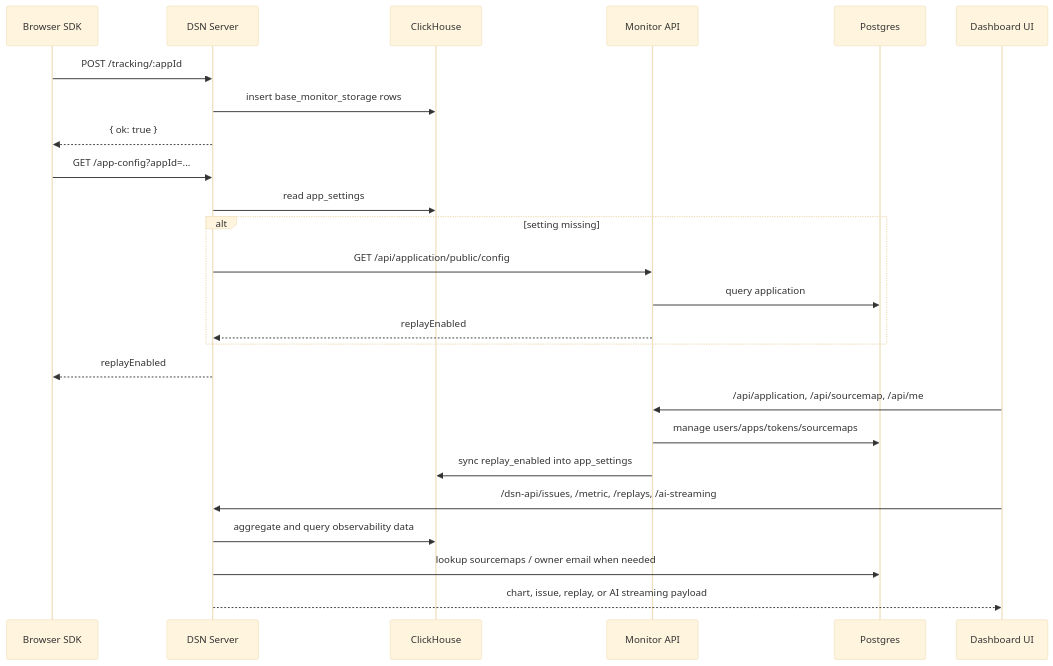
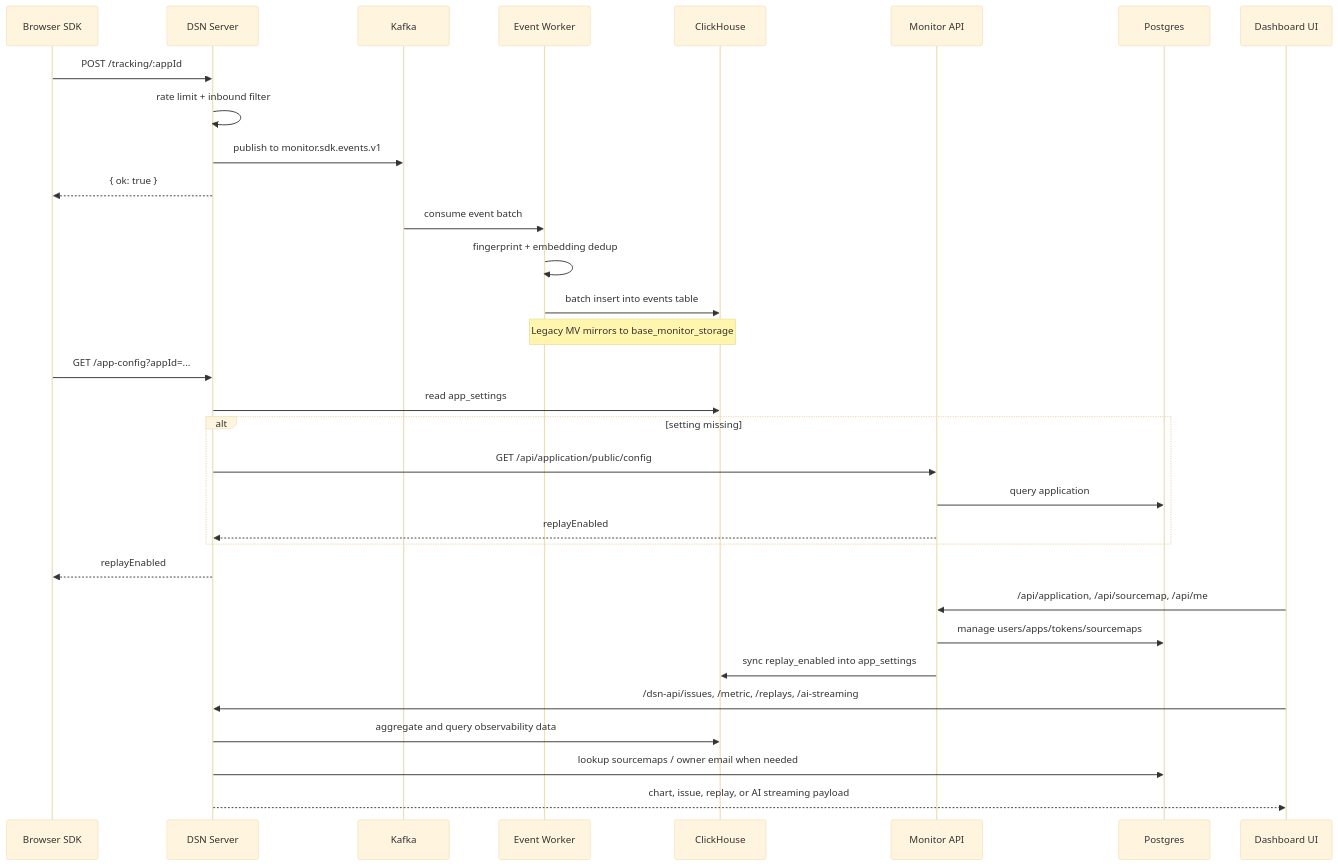
One commit to Lemonadeccc/condev-monitor changed the third of 3 diagrams in README.md. Above: the diagram before and after it, drawn with Mermaid (base theme). The commit also changed other lines of this file and 5 other files, not shown here.

````diff
--- a/README.md
+++ b/README.md
@@ -123,31 +140,38 @@
 ```mermaid
 sequenceDiagram
     participant B as Browser SDK
     participant D as DSN Server
+    participant K as Kafka
+    participant W as Event Worker
     participant C as ClickHouse
     participant M as Monitor API
     participant P as Postgres
     participant U as Dashboard UI
 
     B->>D: POST /tracking/:appId
-    D->>C: insert base_monitor_storage rows
+    D->>D: rate limit + inbound filter
+    D->>K: publish to monitor.sdk.events.v1
     D-->>B: { ok: true }
+    K->>W: consume event batch
+    W->>W: fingerprint + embedding dedup
+    W->>C: batch insert into events table
+    Note over W,C: Legacy MV mirrors to base_monitor_storage
 
     B->>D: GET /app-config?appId=...
     D->>C: read app_settings
     alt setting missing
         D->>M: GET /api/application/public/config
         M->>P: query application
         M-->>D: replayEnabled
     end
     D-->>B: replayEnabled
 
     U->>M: /api/application, /api/sourcemap, /api/me
     M->>P: manage users/apps/tokens/sourcemaps
     M->>C: sync replay_enabled into app_settings
 
     U->>D: /dsn-api/issues, /metric, /replays, /ai-streaming
     D->>C: aggregate and query observability data
     D->>P: lookup sourcemaps / owner email when needed
     D-->>U: chart, issue, replay, or AI streaming payload
 ```
````
